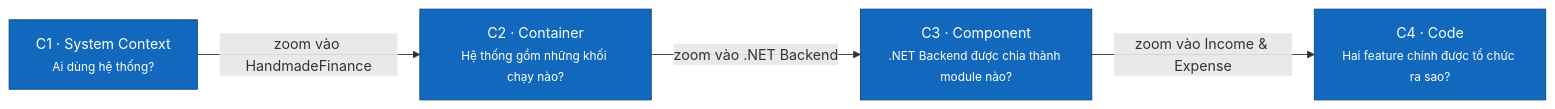
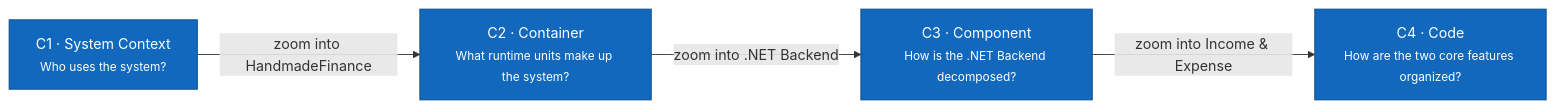
One commit to PhamHiep948/finance-manager changed the diagram in docs/architecture/c4/README.md. Above: the diagram before and after it, drawn with Mermaid. The commit also changed other lines of this file and 16 other files, not shown here.

````diff
--- a/docs/architecture/c4/README.md
+++ b/docs/architecture/c4/README.md
@@ -7,14 +7,14 @@
 ```mermaid
 flowchart LR
-    C1["C1 · System Context<br/><small>Ai dùng hệ thống?</small>"]
-    C2["C2 · Container<br/><small>Hệ thống gồm những khối chạy nào?</small>"]
-    C3["C3 · Component<br/><small>.NET Backend được chia thành module nào?</small>"]
-    C4["C4 · Code<br/><small>Hai feature chính được tổ chức ra sao?</small>"]
-    C1 -->|"zoom vào HandmadeFinance"| C2
-    C2 -->|"zoom vào .NET Backend"| C3
-    C3 -->|"zoom vào Income & Expense"| C4
+    C1["C1 · System Context<br/><small>Who uses the system?</small>"]
+    C2["C2 · Container<br/><small>What runtime units make up the system?</small>"]
+    C3["C3 · Component<br/><small>How is the .NET Backend decomposed?</small>"]
+    C4["C4 · Code<br/><small>How are the two core features organized?</small>"]
+    C1 -->|"zoom into HandmadeFinance"| C2
+    C2 -->|"zoom into .NET Backend"| C3
+    C3 -->|"zoom into Income & Expense"| C4
     style C1 fill:#1168bd,color:#fff,stroke:#0b4884
     style C2 fill:#1168bd,color:#fff,stroke:#0b4884
     style C3 fill:#1168bd,color:#fff,stroke:#0b4884
     style C4 fill:#1168bd,color:#fff,stroke:#0b4884
 ```
````
